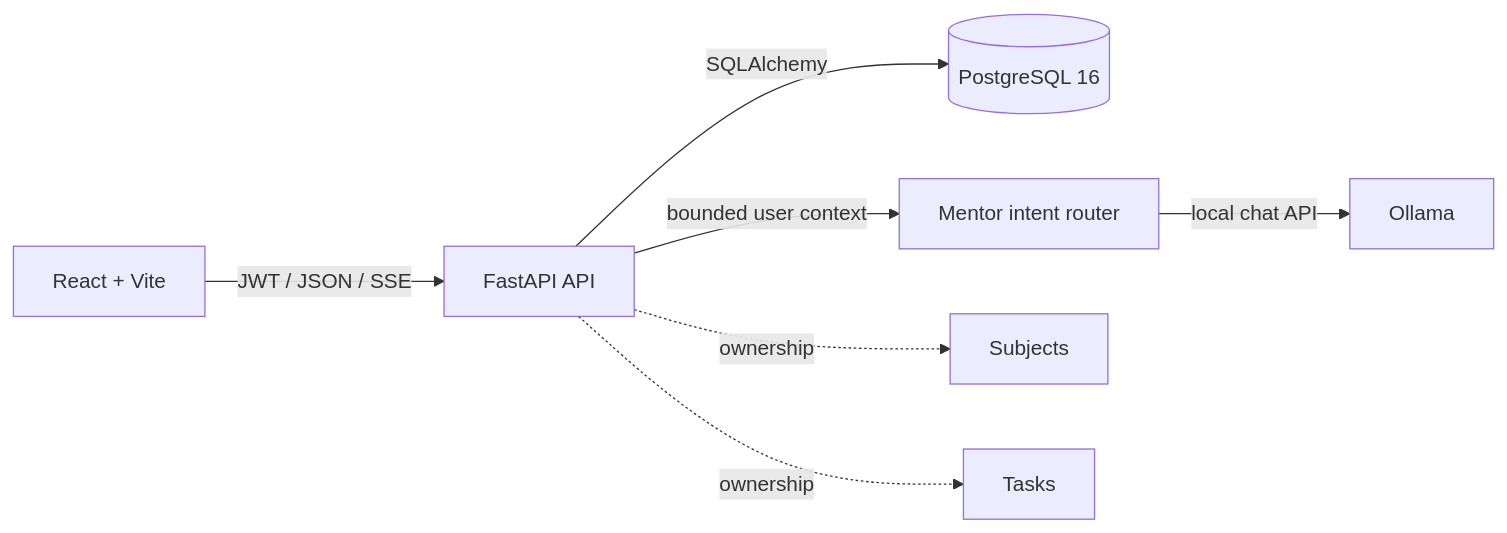
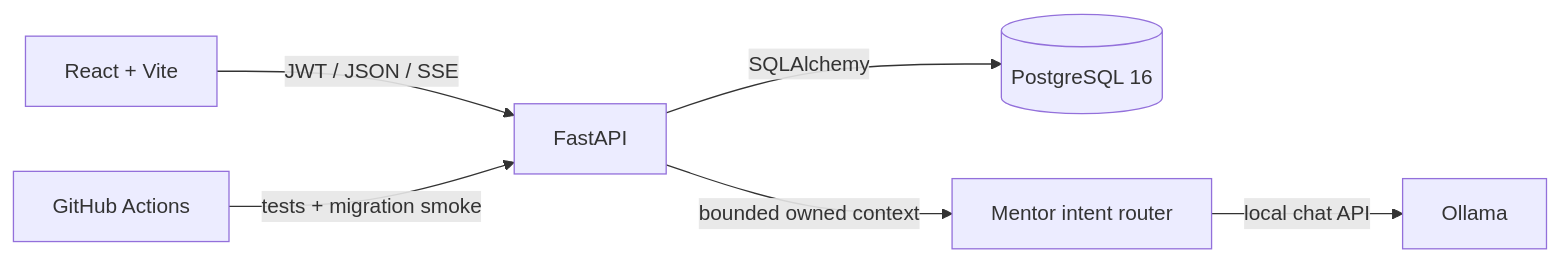
The diagram in README.md (worhels/CyberLab-Tracker), drawn with Mermaid before and after one commit. The commit also changed other lines of this file and 75 other files, not shown here.

````diff
--- a/README.md
+++ b/README.md
@@ -166,10 +103,8 @@
 ```mermaid
 flowchart LR
-    Browser["React + Vite"] -->|"JWT / JSON / SSE"| API["FastAPI API"]
+    Browser["React + Vite"] -->|"JWT / JSON / SSE"| API["FastAPI"]
     API -->|"SQLAlchemy"| DB[("PostgreSQL 16")]
-    API -->|"bounded user context"| Mentor["Mentor intent router"]
+    API -->|"bounded owned context"| Mentor["Mentor intent router"]
     Mentor -->|"local chat API"| Ollama["Ollama"]
-
-    API -. ownership .-> Subjects["Subjects"]
-    API -. ownership .-> Tasks["Tasks"]
+    Actions["GitHub Actions"] -->|"tests + migration smoke"| API
 ```
````
